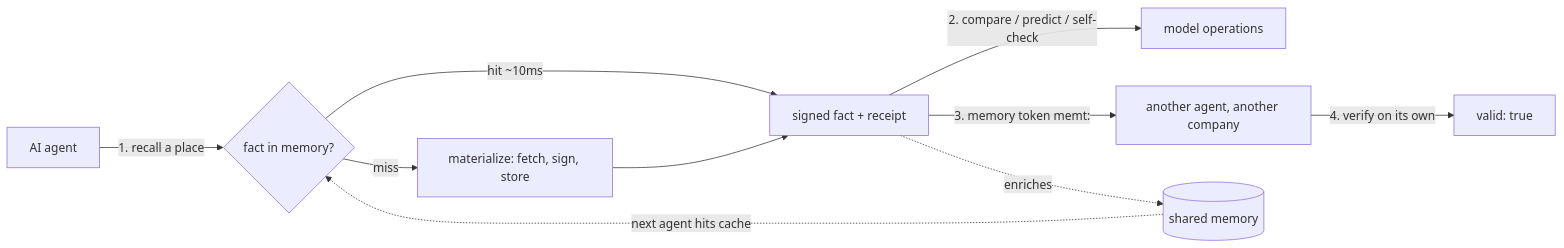
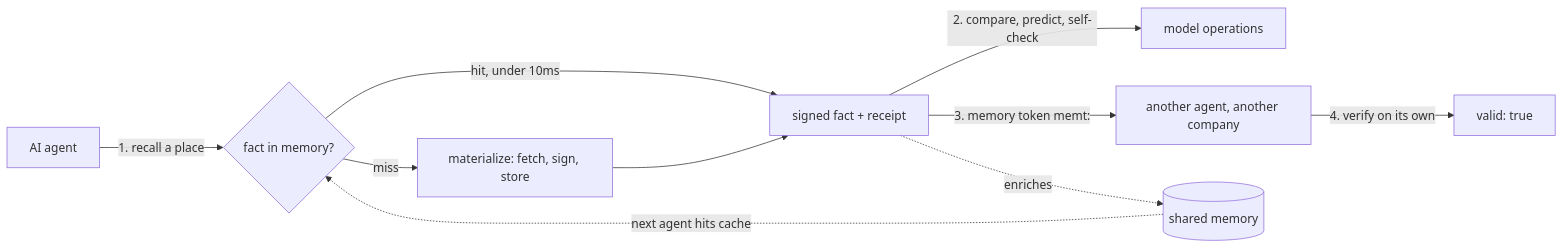
Before and after one commit to Vortx-AI/emem: the diagram in README.md, drawn with Mermaid. The commit also changed other lines of this file, not shown here.

````diff
--- a/README.md
+++ b/README.md
@@ -95,12 +139,12 @@
 ```mermaid
 flowchart LR
     A[AI agent] -->|1. recall a place| M{fact in memory?}
-    M -->|hit ~10ms| R[signed fact + receipt]
+    M -->|hit, under 10ms| R[signed fact + receipt]
     M -->|miss| F[materialize: fetch, sign, store]
     F --> R
-    R -->|2. compare / predict / self-check| W[model operations]
+    R -->|2. compare, predict, self-check| W[model operations]
     R -->|3. memory token memt:| B[another agent, another company]
     B -->|4. verify on its own| V[valid: true]
     R -.enriches.-> C[(shared memory)]
     C -.next agent hits cache.-> M
 ```
````
